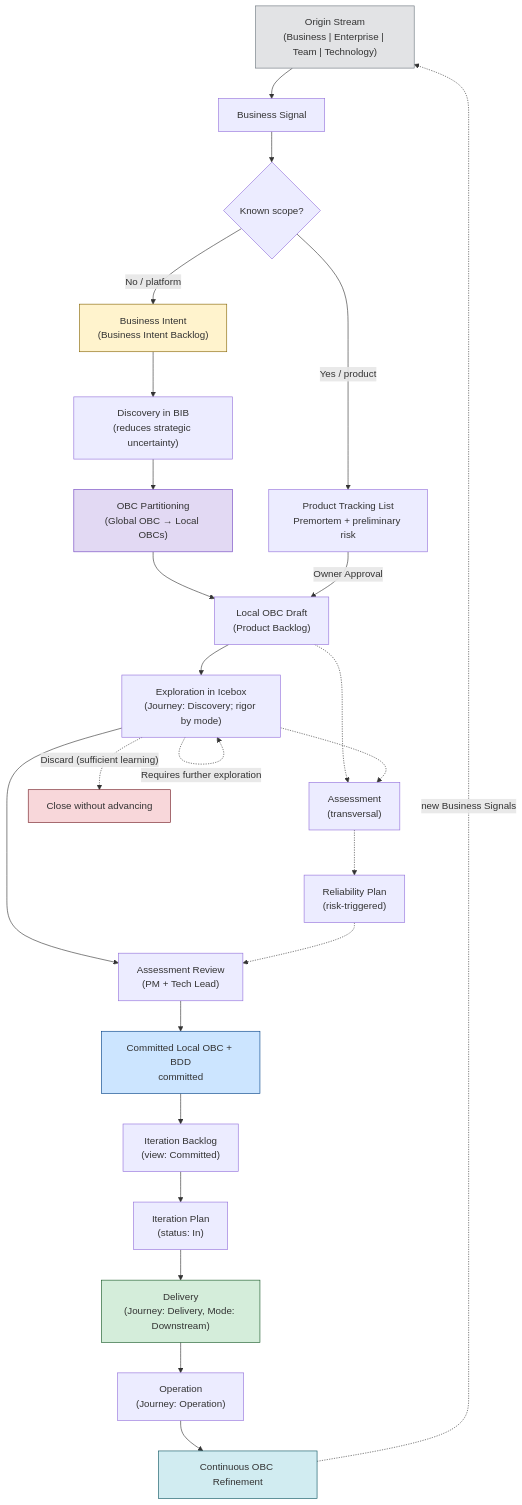
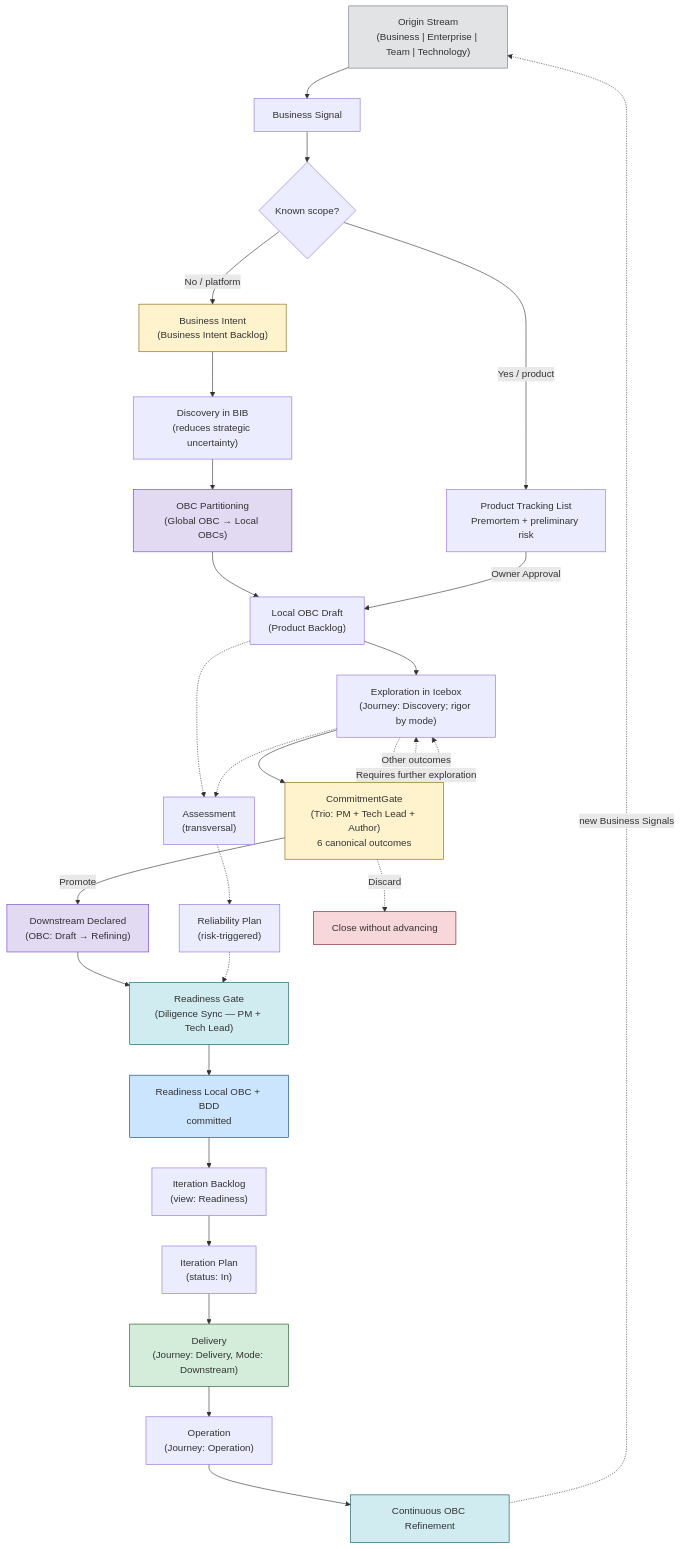
The diagram in prodops/framework/flow.en.md (produtoreativo/spire), drawn with Mermaid before and after one commit. The commit also changed other lines of this file and 562 other files, not shown here.

````diff
--- a/prodops/framework/flow.en.md
+++ b/prodops/framework/flow.en.md
@@ -19,53 +19,62 @@
 ```mermaid
 flowchart TD
     OS["Origin Stream\n(Business | Enterprise | Team | Technology)"]
     I["Business Signal"]
     CHOICE{"Known scope?"}
     RTL["Product Tracking List\nPremortem + preliminary risk"]
     GBIB["Business Intent\n(Business Intent Backlog)"]
     EX1["Discovery in BIB\n(reduces strategic uncertainty)"]
     PART["OBC Partitioning\n(Global OBC → Local OBCs)"]
     LPIB["Local OBC Draft\n(Product Backlog)"]
     EX2["Exploration in Icebox\n(Journey: Discovery; rigor by mode)"]
     AS["Assessment\n(transversal)"]
     RP["Reliability Plan\n(risk-triggered)"]
-    REV["Assessment Review\n(PM + Tech Lead)"]
-    OBC["Committed Local OBC + BDD\ncommitted"]
+    CG["CommitmentGate\n(Trio: PM + Tech Lead + Author)\n6 canonical outcomes"]
+    DD["Downstream Declared\n(OBC: Draft → Refining)"]
+    RG["Readiness Gate\n(Diligence Sync — PM + Tech Lead)"]
+    OBC["Readiness Local OBC + BDD\ncommitted"]
     IP["Iteration Plan\n(status: In)"]
     D["Delivery\n(Journey: Delivery, Mode: Downstream)"]
     OP["Operation\n(Journey: Operation)"]
     REF["Continuous OBC Refinement"]
 
     OS --> I
     I --> CHOICE
     CHOICE -->|"No / platform"| GBIB
     CHOICE -->|"Yes / product"| RTL
     GBIB --> EX1
     EX1 --> PART
     PART --> LPIB
     RTL -->|"Owner Approval"| LPIB
     LPIB --> EX2
-    EX2 --> REV
+    EX2 --> CG
+    CG -->|"Promote"| DD
+    CG -.->|"Other outcomes"| EX2
+    DD --> RG
     LPIB -.-> AS
     EX2 -.-> AS
     AS -.-> RP
-    RP -.-> REV
-    REV --> OBC
-    OBC --> IB["Iteration Backlog\n(view: Committed)"]
+    RP -.-> RG
+    RG --> OBC
+    OBC --> IB["Iteration Backlog\n(view: Readiness)"]
     IB --> IP
     IP --> D
     D --> OP
     OP --> REF
     REF -.->|"new Business Signals"| OS
 
-    EX2 -.->|"Discard (sufficient learning)"| X[Close without advancing]
+    CG -.->|"Discard"| X[Close without advancing]
     EX2 -.->|"Requires further exploration"| EX2
+
+    style CG fill:#fff3cd,stroke:#856404
+    style DD fill:#e2d9f3,stroke:#6f42c1
+    style RG fill:#d1ecf1,stroke:#0c5460
 
     style OS fill:#e2e3e5,stroke:#6c757d
     style GBIB fill:#fff3cd,stroke:#856404
     style PART fill:#e2d9f3,stroke:#6f42c1
     style OBC fill:#cce5ff,stroke:#004085
     style D fill:#d4edda,stroke:#155724
     style X fill:#f8d7da,stroke:#721c24
     style REF fill:#d1ecf1,stroke:#0c5460
 ```
````
